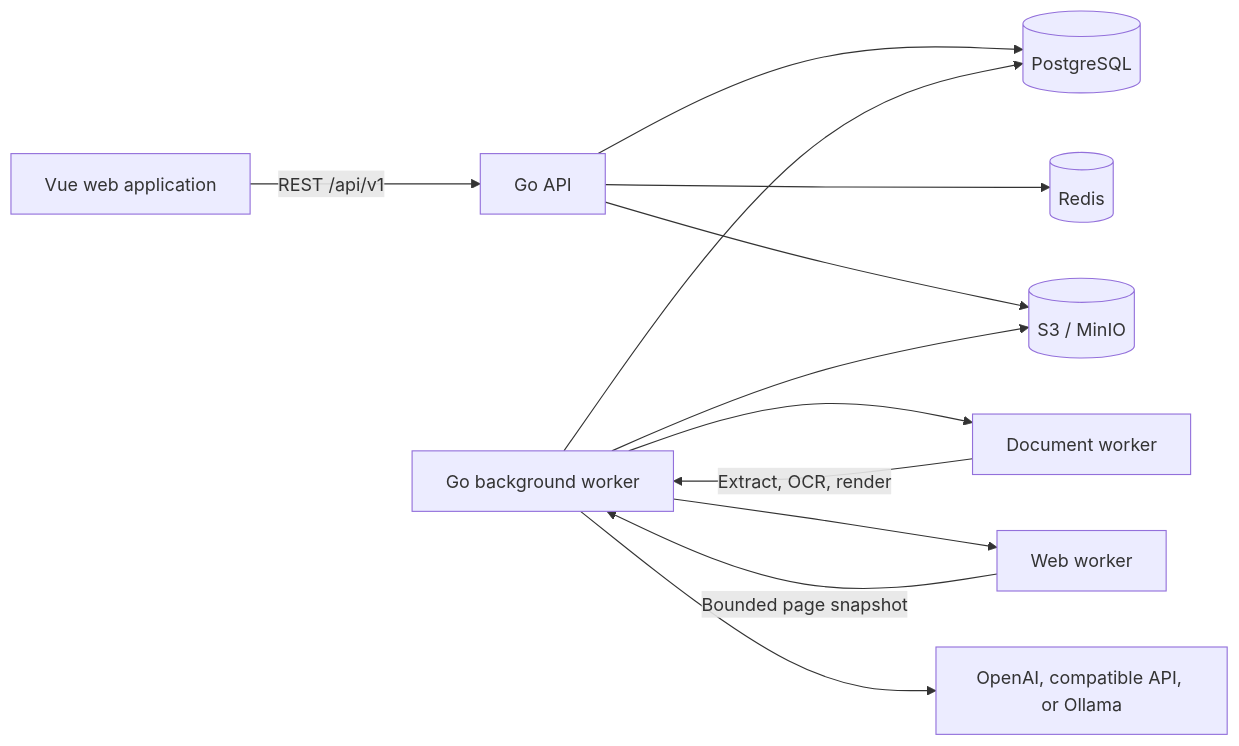
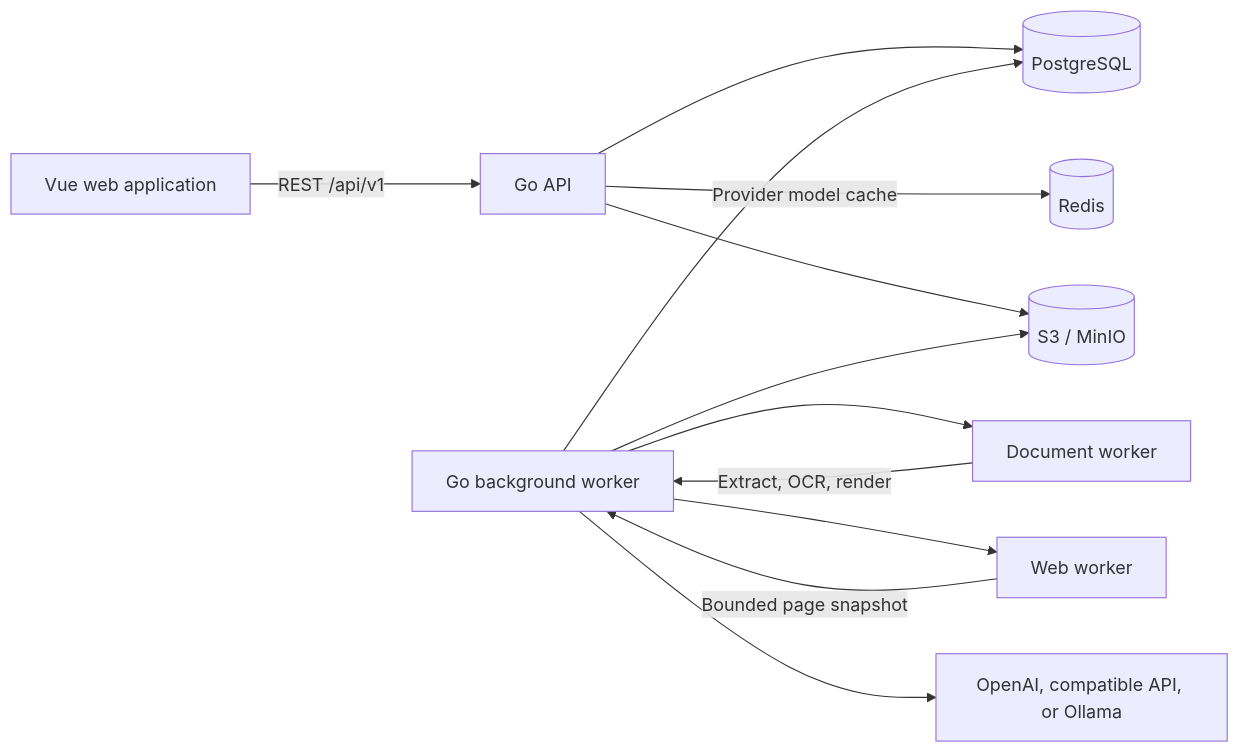
Before and after one commit to lrx0014/ResumeGPT: the first of 3 diagrams in docs/architecture-design.md, drawn with Mermaid. The commit also changed other lines of this file, not shown here.

````diff
--- a/docs/architecture-design.md
+++ b/docs/architecture-design.md
@@ -9,14 +9,14 @@
 ```mermaid
 flowchart LR
     B[Vue web application] -->|REST /api/v1| A[Go API]
     A --> P[(PostgreSQL)]
-    A --> C[(Redis)]
+    A -->|Provider model cache| C[(Redis)]
     A --> S[(S3 / MinIO)]
     W[Go background worker] --> P
     W --> S
     W --> D[Document worker]
     W --> R[Web worker]
     W --> L[OpenAI, compatible API, or Ollama]
     D -->|Extract, OCR, render| W
     R -->|Bounded page snapshot| W
 ```
````
